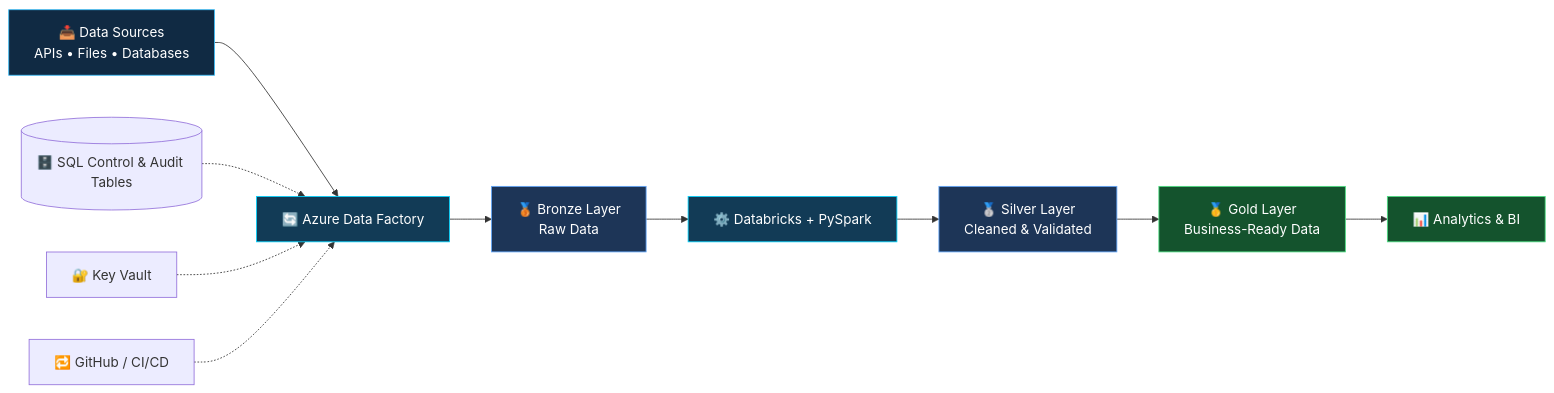
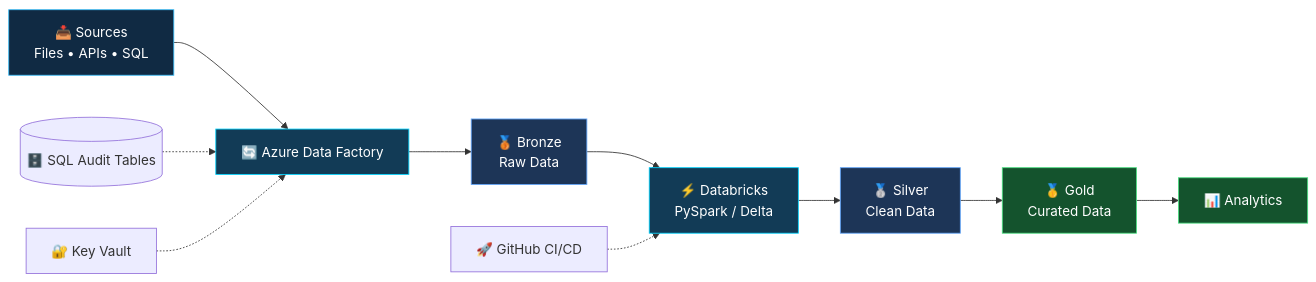
One commit to Shivbhadouria/Shivbhadouria changed the diagram in README.md. Above: the diagram before and after it, drawn with Mermaid. The commit also changed other lines of this file, not shown here.

````diff
--- a/README.md
+++ b/README.md
@@ -88,23 +150,23 @@
 ```mermaid
 flowchart LR
-    A["📥 Data Sources<br/>APIs • Files • Databases"] --> B["🔄 Azure Data Factory"]
-    B --> C["🥉 Bronze Layer<br/>Raw Data"]
-    C --> D["⚙️ Databricks + PySpark"]
-    D --> E["🥈 Silver Layer<br/>Cleaned & Validated"]
-    E --> F["🥇 Gold Layer<br/>Business-Ready Data"]
-    F --> G["📊 Analytics & BI"]
+    A["📥 Sources<br/>Files • APIs • SQL"] --> B["🔄 Azure Data Factory"]
+    B --> C["🥉 Bronze<br/>Raw Data"]
+    C --> D["⚡ Databricks<br/>PySpark / Delta"]
+    D --> E["🥈 Silver<br/>Clean Data"]
+    E --> F["🥇 Gold<br/>Curated Data"]
+    F --> G["📊 Analytics"]
 
-    H[("🗄️ SQL Control & Audit Tables")] -.-> B
+    H[("🗄️ SQL Audit Tables")] -.-> B
     I["🔐 Key Vault"] -.-> B
-    J["🔁 GitHub / CI/CD"] -.-> B
+    J["🚀 GitHub CI/CD"] -.-> D
 
     classDef source fill:#102A43,stroke:#38BDF8,color:#FFFFFF
     classDef process fill:#123B56,stroke:#00D4FF,color:#FFFFFF
-    classDef storage fill:#1D3557,stroke:#60A5FA,color:#FFFFFF
+    classDef layer fill:#1D3557,stroke:#60A5FA,color:#FFFFFF
     classDef output fill:#14532D,stroke:#4ADE80,color:#FFFFFF
 
     class A source
     class B,D process
-    class C,E storage
+    class C,E layer
     class F,G output
 ```
````
